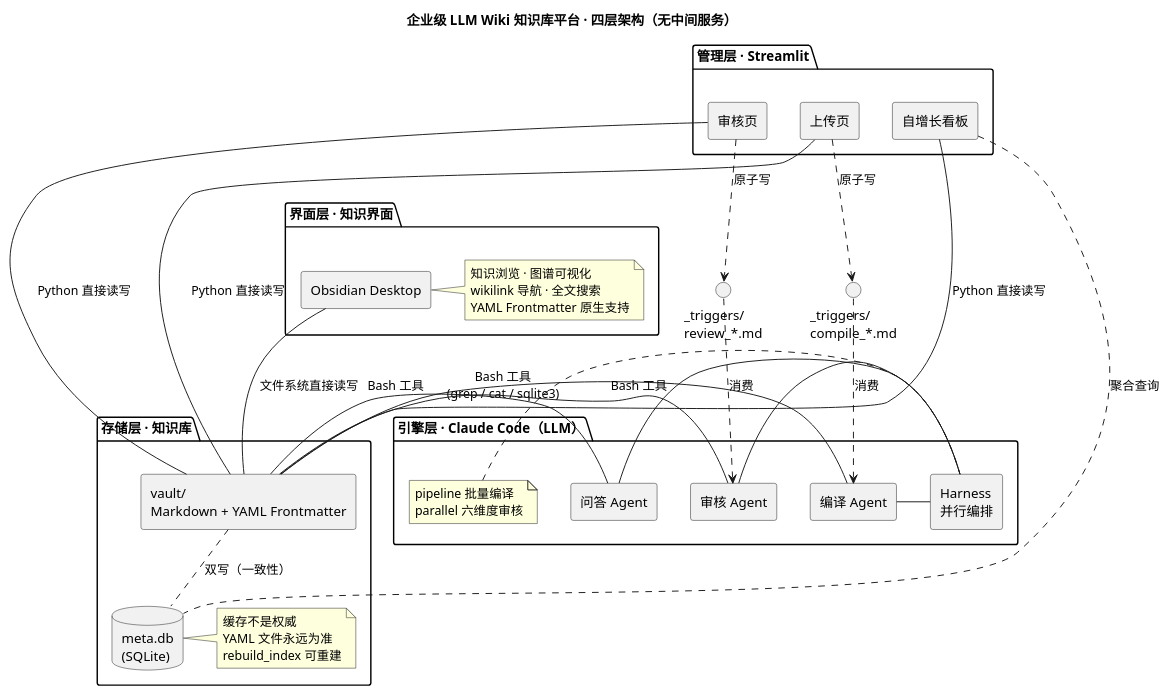
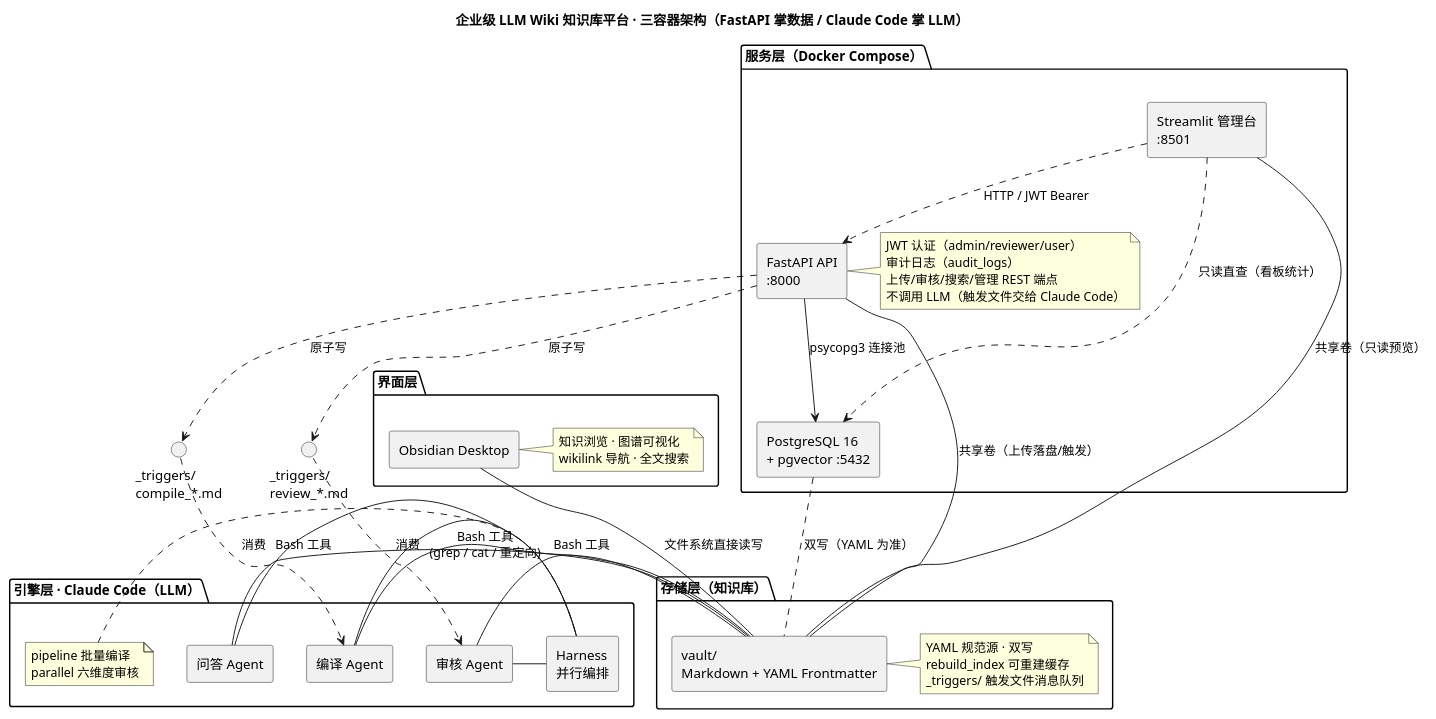
One commit to whchim/LLM_wiki changed the diagram in docs/diagrams/architecture.puml. Above: the diagram before and after it, drawn with PlantUML. The commit also changed 4 other files, not shown here.

First line of the commit message:
docs: README 更新至 Phase 2 三容器架构（FastAPI 掌数据 / Claude Code 掌 LLM）

```diff
--- a/docs/diagrams/architecture.puml
+++ b/docs/diagrams/architecture.puml
@@ -1,76 +1,83 @@
 @startuml architecture
-' LLM Wiki 知识库平台 —— 四层架构图（主图）
+' LLM Wiki 知识库平台 —— 架构图（Phase 2：三容器 + LLM 引擎）
 ' 生成：复制本文件内容到 https://www.plantuml.com/plantuml 或 PlantUML 插件
 ' 若中文显示为方块，调整 defaultFontName（如 "Noto Sans CJK SC"）
 
 skinparam defaultFontName "Microsoft YaHei"
 skinparam componentStyle rectangle
 skinparam backgroundColor #FFFFFF
 skinparam shadowing false
 skinparam packageTitleAlignment left
 
-title 企业级 LLM Wiki 知识库平台 · 四层架构（无中间服务）
+title 企业级 LLM Wiki 知识库平台 · 三容器架构（FastAPI 掌数据 / Claude Code 掌 LLM）
 
 ' ──────────── 界面层 ────────────
-package "界面层 · 知识界面" {
+package "界面层" {
   component "Obsidian Desktop" as OBS
   note right of OBS
     知识浏览 · 图谱可视化
     wikilink 导航 · 全文搜索
-    YAML Frontmatter 原生支持
+  end note
+}
+
+' ──────────── 服务层（容器） ────────────
+package "服务层（Docker Compose）" {
+  component "Streamlit 管理台\n:8501" as ST
+  component "FastAPI API\n:8000" as API
+  component "PostgreSQL 16\n+ pgvector :5432" as PG
+
+  ST ..> API : HTTP / JWT Bearer
+  API --> PG : psycopg3 连接池
+  ST ..> PG : 只读直查（看板统计）
+  note right of API
+    JWT 认证（admin/reviewer/user）
+    审计日志（audit_logs）
+    上传/审核/搜索/管理 REST 端点
+    不调用 LLM（触发文件交给 Claude Code）
   end note
 }
 
 ' ──────────── 存储层 ────────────
-package "存储层 · 知识库" {
+package "存储层（知识库）" {
   component "vault/\nMarkdown + YAML Frontmatter" as VAULT
-  database "meta.db\n(SQLite)" as DB
-  note right of DB
-    缓存不是权威
-    YAML 文件永远为准
-    rebuild_index 可重建
+  note right of VAULT
+    YAML 规范源 · 双写
+    rebuild_index 可重建缓存
+    _triggers/ 触发文件消息队列
   end note
-  VAULT .. DB : 双写（一致性）
+  PG .. VAULT : 双写（YAML 为准）
 }
 
 ' ──────────── 引擎层 ────────────
 package "引擎层 · Claude Code（LLM）" {
   component "编译 Agent" as C_AGENT
   component "审核 Agent" as R_AGENT
   component "问答 Agent" as A_AGENT
   component "Harness\n并行编排" as HARNESS
   C_AGENT - HARNESS
   R_AGENT - HARNESS
   A_AGENT - HARNESS
   note left of HARNESS
     pipeline 批量编译
     parallel 六维度审核
   end note
 }
 
-' ──────────── 管理层 ────────────
-package "管理层 · Streamlit" {
-  component "上传页" as P_UPLOAD
-  component "审核页" as P_REVIEW
-  component "自增长看板" as P_GROWTH
-}
-
-' ──────────── 连接（无中间服务） ────────────
+' ──────────── 连接 ────────────
 OBS -- VAULT : 文件系统直接读写
 
-C_AGENT - VAULT : Bash 工具\n(grep / cat / sqlite3)
+C_AGENT - VAULT : Bash 工具\n(grep / cat / 重定向)
 R_AGENT - VAULT : Bash 工具
 A_AGENT - VAULT : Bash 工具
 
-P_UPLOAD -- VAULT : Python 直接读写
-P_REVIEW -- VAULT : Python 直接读写
-P_GROWTH -- VAULT : Python 直接读写
-P_GROWTH .. DB : 聚合查询
+' 容器与 vault：共享卷（./vault 挂载）
+ST -- VAULT : 共享卷（只读预览）
+API -- VAULT : 共享卷（上传落盘/触发）
 
-' 触发文件消息队列（异步解耦）
-P_UPLOAD ..> "_triggers/\ncompile_*.md" : 原子写
-P_REVIEW ..> "_triggers/\nreview_*.md" : 原子写
+' 触发文件消息队列（异步解耦管理台 ↔ LLM 引擎）
+API ..> "_triggers/\ncompile_*.md" : 原子写
+API ..> "_triggers/\nreview_*.md" : 原子写
 "_triggers/\ncompile_*.md" ..> C_AGENT : 消费
 "_triggers/\nreview_*.md" ..> R_AGENT : 消费
 
 @enduml
```
